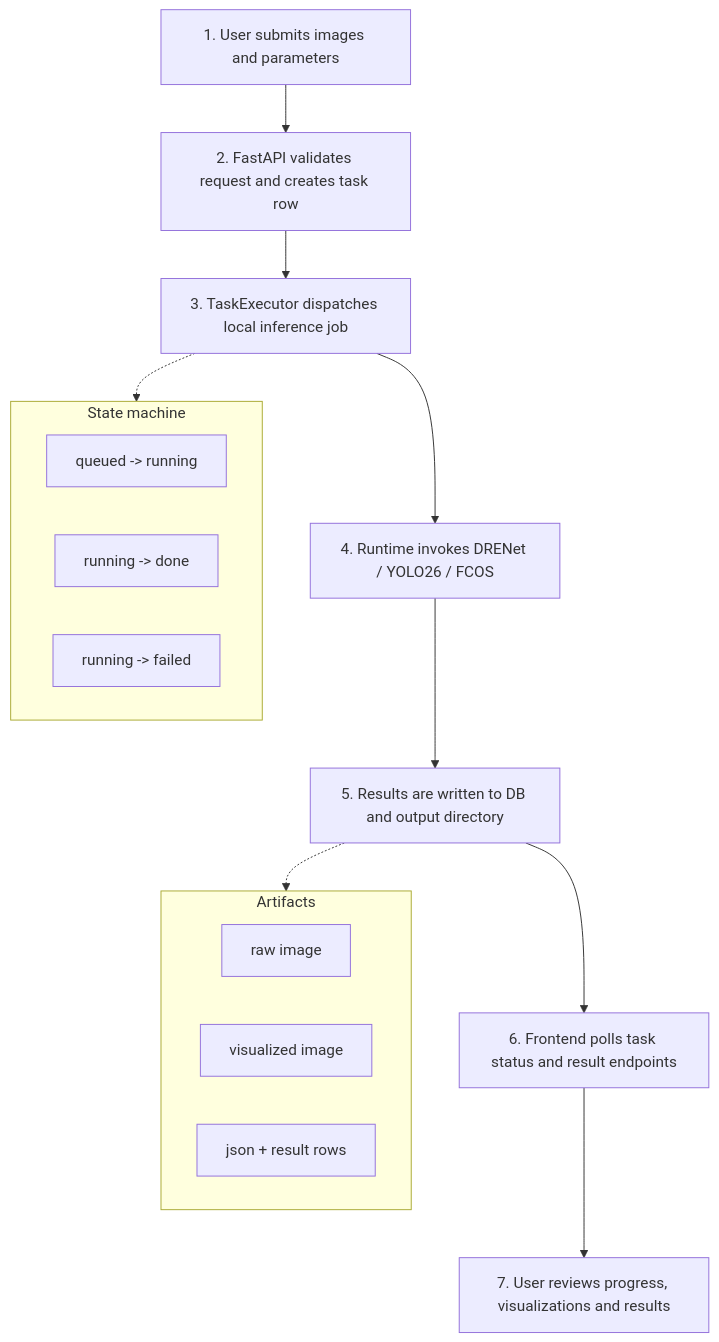
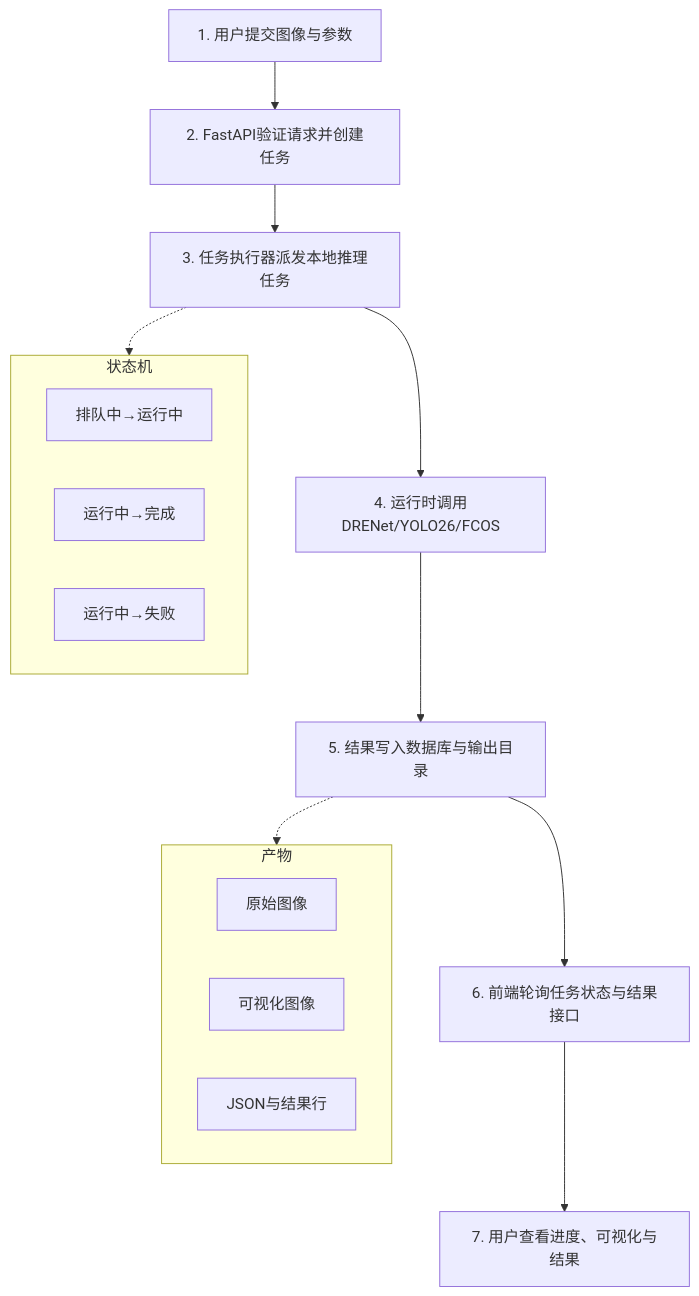
Before and after one commit to kkkhs/graduation_project: the eighth of 9 diagrams in thesis_figures_guide.md, drawn with Mermaid. The commit also changed other lines of this file and 11 other files, not shown here.

First line of the commit message:
docs: 翻译 thesis_figures_guide.md 所有 Mermaid 节点为中文

````diff
--- a/thesis_figures_guide.md
+++ b/thesis_figures_guide.md
@@ -175,25 +175,25 @@
 ```mermaid
 flowchart TB
-    A[1. User submits images and parameters] --> B[2. FastAPI validates request and creates task row]
-    B --> C[3. TaskExecutor dispatches local inference job]
-    C --> D[4. Runtime invokes DRENet / YOLO26 / FCOS]
-    D --> E[5. Results are written to DB and output directory]
-    E --> F[6. Frontend polls task status and result endpoints]
-    F --> G[7. User reviews progress, visualizations and results]
+    A[1. 用户提交图像与参数] --> B[2. FastAPI验证请求并创建任务]
+    B --> C[3. 任务执行器派发本地推理任务]
+    C --> D[4. 运行时调用DRENet/YOLO26/FCOS]
+    D --> E[5. 结果写入数据库与输出目录]
+    E --> F[6. 前端轮询任务状态与结果接口]
+    F --> G[7. 用户查看进度、可视化与结果]
 
-    subgraph StateMachine["State machine"]
-        S1[queued -> running]
-        S2[running -> done]
-        S3[running -> failed]
+    subgraph StateMachine["状态机"]
+        S1[排队中→运行中]
+        S2[运行中→完成]
+        S3[运行中→失败]
     end
 
     C -.-> StateMachine
 
-    subgraph Artifacts["Artifacts"]
-        Art1[raw image]
-        Art2[visualized image]
-        Art3[json + result rows]
+    subgraph Artifacts["产物"]
+        Art1[原始图像]
+        Art2[可视化图像]
+        Art3[JSON与结果行]
     end
 
     E -.-> Artifacts
 ```
````
